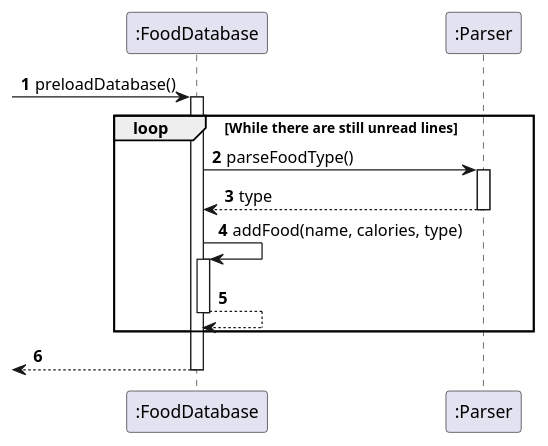
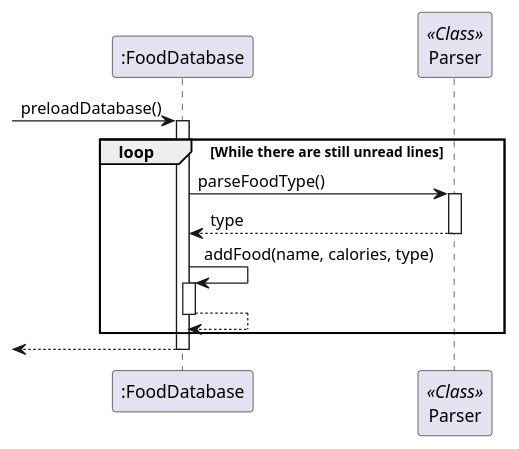
One commit to praj-bellakka/tp changed the diagram in docs/diagrams-DG/FoodDatabase_preloadDatabase_Seq.puml. Above: the diagram before and after it, drawn with PlantUML. The commit also changed 12 other files, not shown here.

Commit message:
Update all puml diagrams to follow UML Diagram standards

```diff
--- a/docs/diagrams-DG/FoodDatabase_preloadDatabase_Seq.puml
+++ b/docs/diagrams-DG/FoodDatabase_preloadDatabase_Seq.puml
@@ -1,23 +1,23 @@
 @startuml
 'https://plantuml.com/sequence-diagram
 
-autonumber
 
 -> ":FoodDatabase": preloadDatabase()
+participant Parser << Class >>
 activate ":FoodDatabase"
 
 loop While there are still unread lines
 
-    ":FoodDatabase" -> ":Parser": parseFoodType()
-    activate ":Parser"
+    ":FoodDatabase" -> Parser: parseFoodType()
+    activate Parser
     return type
 
     ":FoodDatabase" -> ":FoodDatabase": addFood(name, calories, type)
     activate ":FoodDatabase"
     return
 
 
 end
 
 return
 @enduml
```
